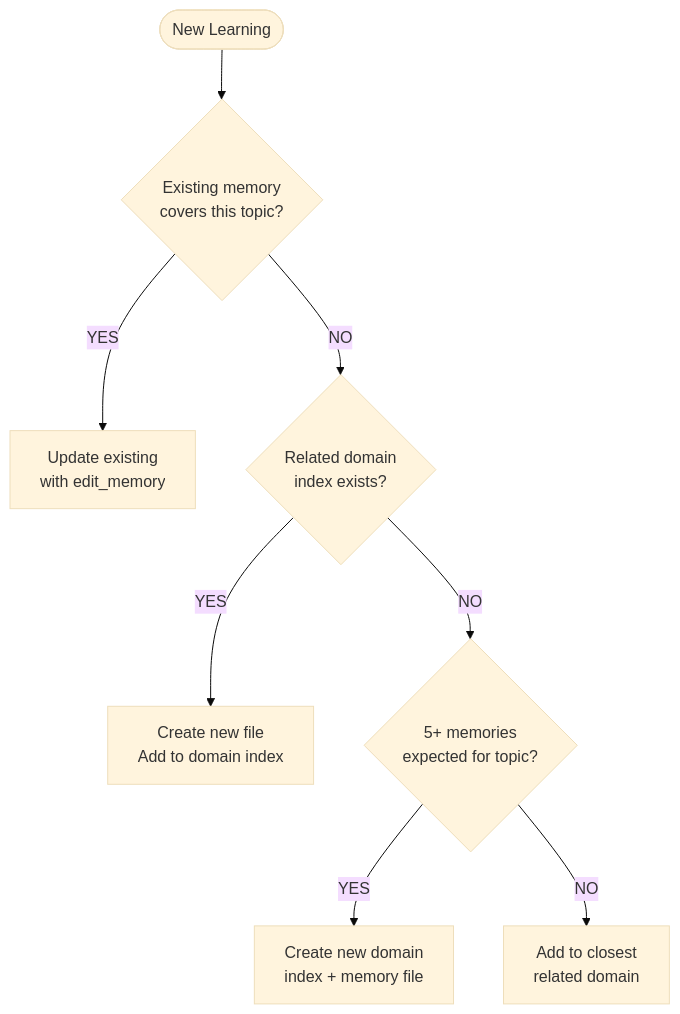
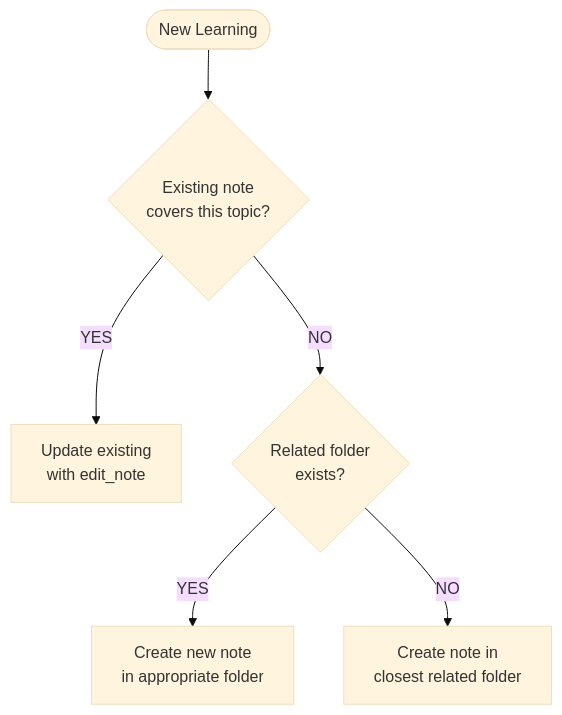
One commit to loriensleafs/brain changed the diagram in apps/claude-plugin/agents/memory.md. Above: the diagram before and after it, drawn with Mermaid (base theme). The commit also changed other lines of this file and 9 other files, not shown here.

````diff
--- a/apps/claude-plugin/agents/memory.md
+++ b/apps/claude-plugin/agents/memory.md
@@ -248,10 +350,8 @@
 ```mermaid
 flowchart TD
-    START([New Learning]) --> Q1{Existing memory<br/>covers this topic?}
-    Q1 -->|YES| UPDATE[Update existing<br/>with edit_memory]
-    Q1 -->|NO| Q2{Related domain<br/>index exists?}
-    Q2 -->|YES| CREATE[Create new file<br/>Add to domain index]
-    Q2 -->|NO| Q3{5+ memories<br/>expected for topic?}
-    Q3 -->|YES| NEWDOMAIN[Create new domain<br/>index + memory file]
-    Q3 -->|NO| RELATED[Add to closest<br/>related domain]
+    START([New Learning]) --> Q1{Existing note<br/>covers this topic?}
+    Q1 -->|YES| UPDATE[Update existing<br/>with edit_note]
+    Q1 -->|NO| Q2{Related folder<br/>exists?}
+    Q2 -->|YES| CREATE[Create new note<br/>in appropriate folder]
+    Q2 -->|NO| NEWFOLDER[Create note in<br/>closest related folder]
 ```
````
